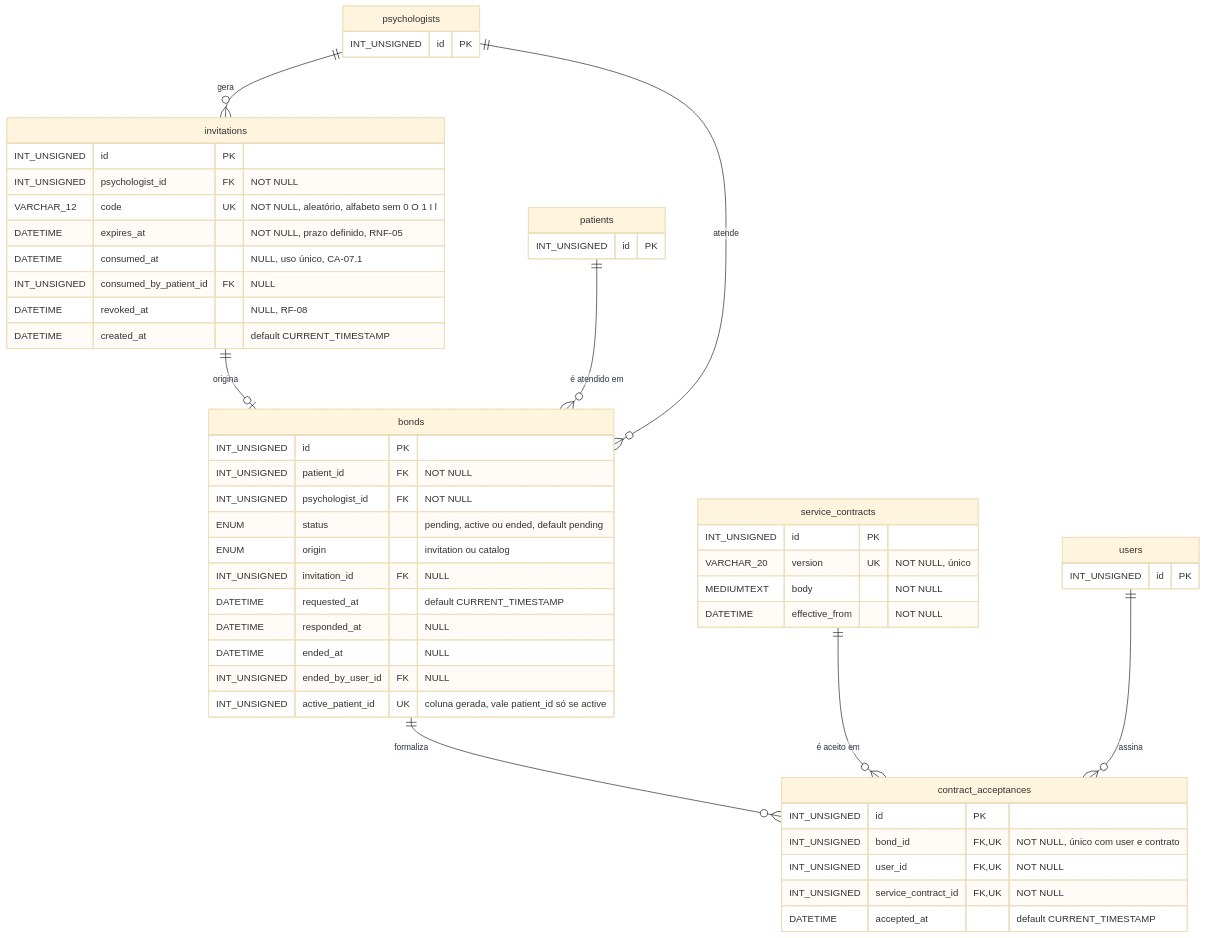
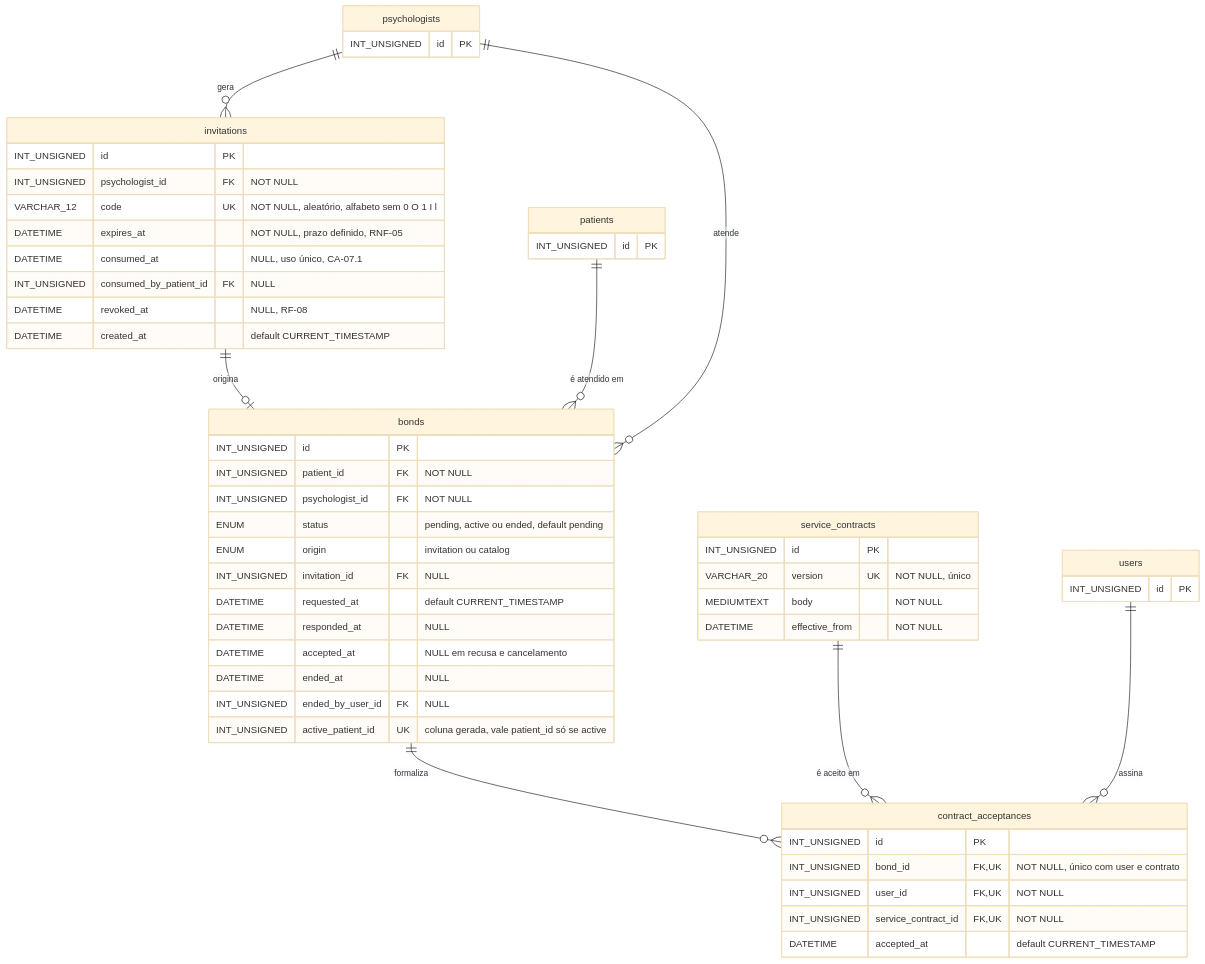
One commit to rbrecci/Calmind changed the second of 4 diagrams in docs/diagramas/der.md. Above: the diagram before and after it, drawn with Mermaid (base theme). The commit also changed other lines of this file and 51 other files, not shown here.

````diff
--- a/docs/diagramas/der.md
+++ b/docs/diagramas/der.md
@@ -145,60 +147,61 @@
 ```mermaid
 erDiagram
     psychologists ||--o{ invitations : gera
     invitations ||--o| bonds : origina
     patients ||--o{ bonds : "é atendido em"
     psychologists ||--o{ bonds : atende
     bonds ||--o{ contract_acceptances : formaliza
     service_contracts ||--o{ contract_acceptances : "é aceito em"
     users ||--o{ contract_acceptances : assina
 
     invitations {
         INT_UNSIGNED id PK
         INT_UNSIGNED psychologist_id FK "NOT NULL"
         VARCHAR_12 code UK "NOT NULL, aleatório, alfabeto sem 0 O 1 I l"
         DATETIME expires_at "NOT NULL, prazo definido, RNF-05"
         DATETIME consumed_at "NULL, uso único, CA-07.1"
         INT_UNSIGNED consumed_by_patient_id FK "NULL"
         DATETIME revoked_at "NULL, RF-08"
         DATETIME created_at "default CURRENT_TIMESTAMP"
     }
 
     bonds {
         INT_UNSIGNED id PK
         INT_UNSIGNED patient_id FK "NOT NULL"
         INT_UNSIGNED psychologist_id FK "NOT NULL"
         ENUM status "pending, active ou ended, default pending"
         ENUM origin "invitation ou catalog"
         INT_UNSIGNED invitation_id FK "NULL"
         DATETIME requested_at "default CURRENT_TIMESTAMP"
         DATETIME responded_at "NULL"
+        DATETIME accepted_at "NULL em recusa e cancelamento"
         DATETIME ended_at "NULL"
         INT_UNSIGNED ended_by_user_id FK "NULL"
         INT_UNSIGNED active_patient_id UK "coluna gerada, vale patient_id só se active"
     }
 
     service_contracts {
         INT_UNSIGNED id PK
         VARCHAR_20 version UK "NOT NULL, único"
         MEDIUMTEXT body "NOT NULL"
         DATETIME effective_from "NOT NULL"
     }
 
     contract_acceptances {
         INT_UNSIGNED id PK
         INT_UNSIGNED bond_id FK,UK "NOT NULL, único com user e contrato"
         INT_UNSIGNED user_id FK,UK "NOT NULL"
         INT_UNSIGNED service_contract_id FK,UK "NOT NULL"
         DATETIME accepted_at "default CURRENT_TIMESTAMP"
     }
 
     patients {
         INT_UNSIGNED id PK
     }
     psychologists {
         INT_UNSIGNED id PK
     }
     users {
         INT_UNSIGNED id PK
     }
 ```
````
